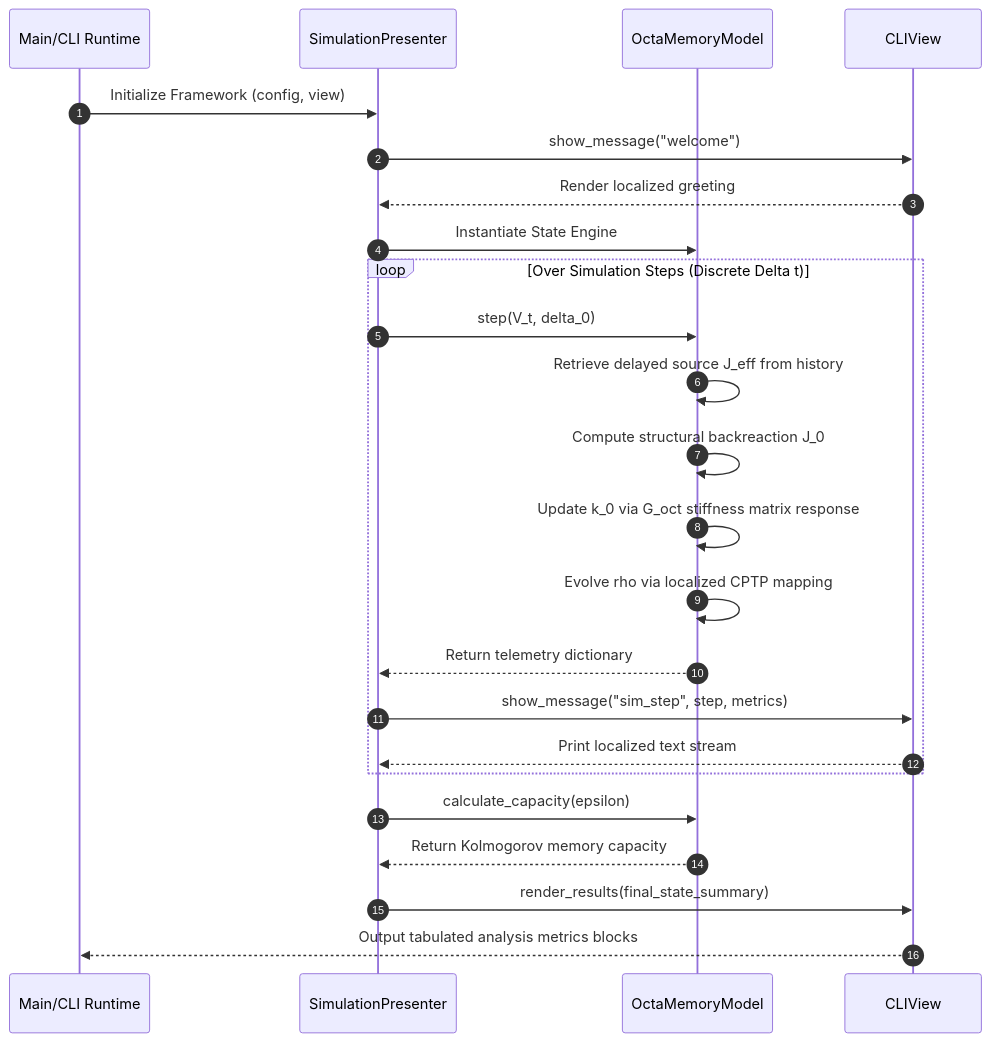
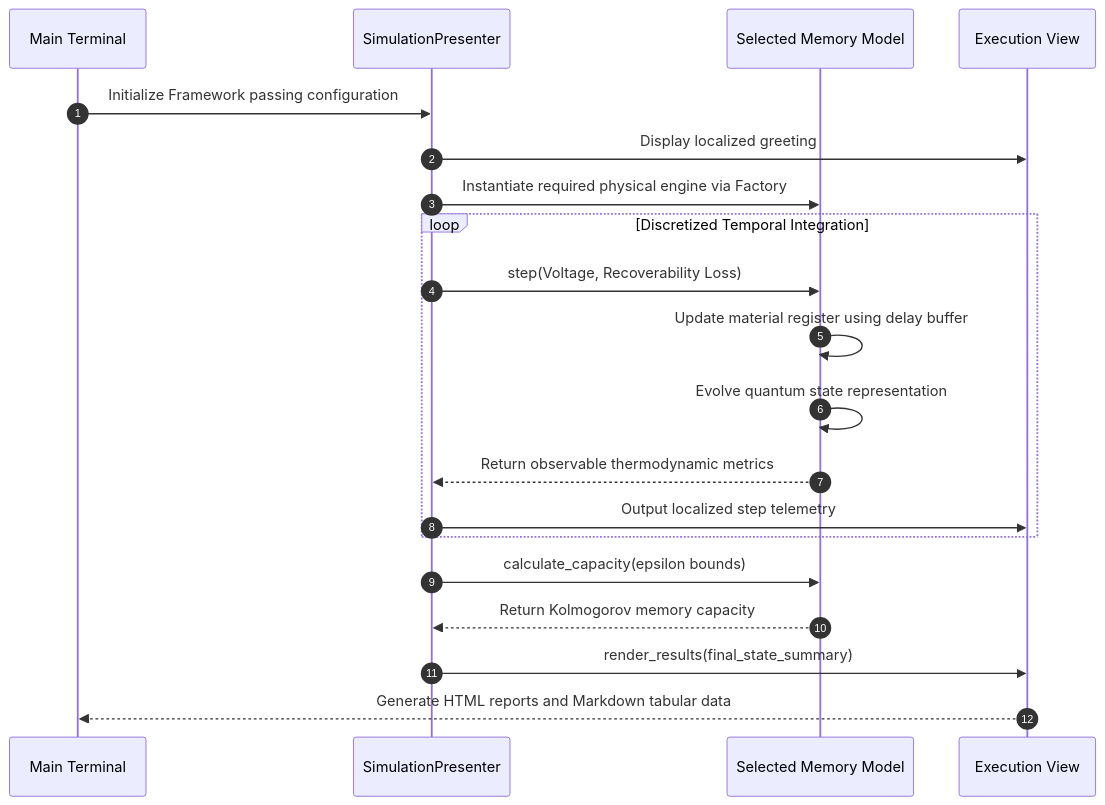
One commit to QC-UPM/OgTRQC changed the third of 3 diagrams in README.md. Above: the diagram before and after it, drawn with Mermaid. The commit also changed other lines of this file and 68 other files, not shown here.

````diff
--- a/README.md
+++ b/README.md
@@ -98,27 +143,25 @@
 ```mermaid
 sequenceDiagram
     autonumber
-    Participant CLI as Main/CLI Runtime
+    Participant CLI as Main Terminal
     Participant P as SimulationPresenter
-    Participant M as OctaMemoryModel
-    Participant V as CLIView
+    Participant M as Selected Memory Model
+    Participant V as Execution View
 
-    CLI ->> P: Initialize Framework (config, view)
-    P ->> V: show_message("welcome")
-    V -->> P: Render localized greeting
-    P ->> M: Instantiate State Engine
-    loop Over Simulation Steps (Discrete Delta t)
-        P ->> M: step(V_t, delta_0)
-        M ->> M: Retrieve delayed source J_eff from history
-        M ->> M: Compute structural backreaction J_0
-        M ->> M: Update k_0 via G_oct stiffness matrix response
-        M ->> M: Evolve rho via localized CPTP mapping
-        M -->> P: Return telemetry dictionary
-        P ->> V: show_message("sim_step", step, metrics)
-        V -->> P: Print localized text stream
+    CLI ->> P: Initialize Framework passing configuration
+    P ->> V: Display localized greeting
+    P ->> M: Instantiate required physical engine via Factory
+    
+    loop Discretized Temporal Integration
+        P ->> M: step(Voltage, Recoverability Loss)
+        M ->> M: Update material register using delay buffer
+        M ->> M: Evolve quantum state representation
+        M -->> P: Return observable thermodynamic metrics
+        P ->> V: Output localized step telemetry
     end
-    P ->> M: calculate_capacity(epsilon)
+    
+    P ->> M: calculate_capacity(epsilon bounds)
     M -->> P: Return Kolmogorov memory capacity
     P ->> V: render_results(final_state_summary)
-    V -->> CLI: Output tabulated analysis metrics blocks
+    V -->> CLI: Generate HTML reports and Markdown tabular data
 ```
````
